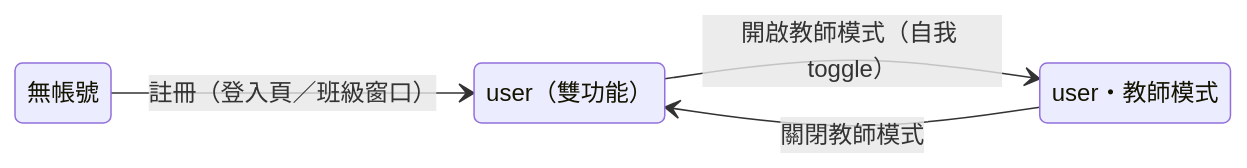
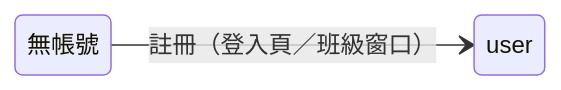
The first of 2 diagrams in docs/accounts.md (ntnu-swe-2026-team4/socrates-classroom), drawn with Mermaid before and after one commit. The commit also changed other lines of this file, not shown here.

````diff
--- a/docs/accounts.md
+++ b/docs/accounts.md
@@ -59,11 +58,8 @@
 ```mermaid
 stateDiagram-v2
     direction LR
     state "無帳號" as nologin
-    state "user（雙功能）" as user
-    state "user・教師模式" as tmode
+    state "user" as user
 
     nologin --> user: 註冊（登入頁／班級窗口）
-    user --> tmode: 開啟教師模式（自我 toggle）
-    tmode --> user: 關閉教師模式
 ```
````
